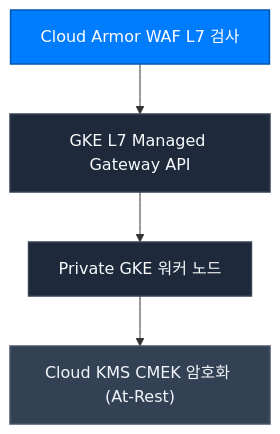
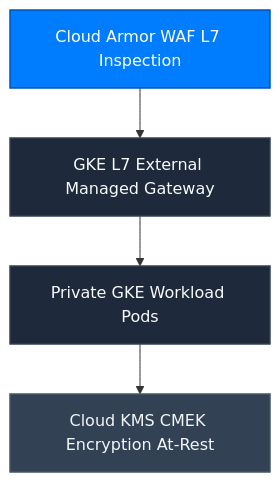
Before and after one commit to Connex-Brothers-Consulting-Group/cbcg-hs-connex-docs: the diagram in governance/cloud-security.mdx, drawn with Mermaid. The commit also changed other lines of this file and 30 other files, not shown here.

````diff
--- a/governance/cloud-security.mdx
+++ b/governance/cloud-security.mdx
@@ -9,10 +9,10 @@
 ```mermaid
 graph TD
     classDef primary fill:#007CFF,stroke:#0056B3,stroke-width:1.5px,color:#FFFFFF;
     classDef enterprise fill:#1E293B,stroke:#334155,stroke-width:1.5px,color:#F8FAFC;
     classDef storage fill:#334155,stroke:#475569,stroke-width:1.5px,color:#F1F5F9;
 
-    Ingress["Cloud Armor WAF L7 검사"]:::primary --> GW["GKE L7 Managed Gateway API"]:::enterprise
-    GW --> Pod["Private GKE 워커 노드"]:::enterprise
-    Pod --> KMS["Cloud KMS CMEK 암호화 (At-Rest)"]:::storage
+    Ingress["Cloud Armor WAF L7 Inspection"]:::primary --> GW["GKE L7 External Managed Gateway"]:::enterprise
+    GW --> Pod["Private GKE Workload Pods"]:::enterprise
+    Pod --> KMS["Cloud KMS CMEK Encryption At-Rest"]:::storage
 ```
````
